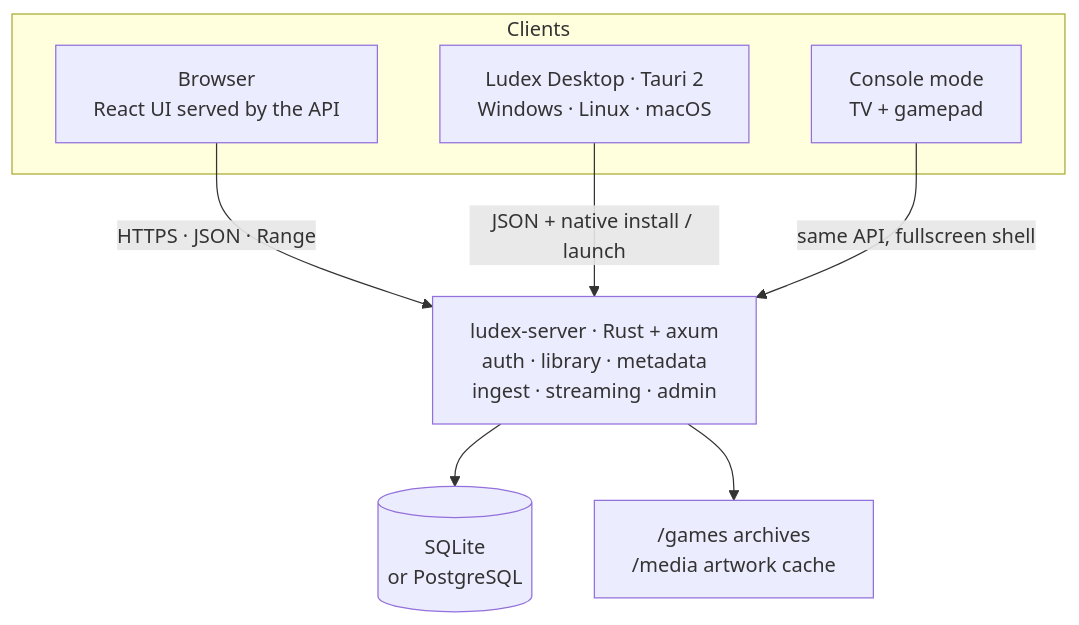
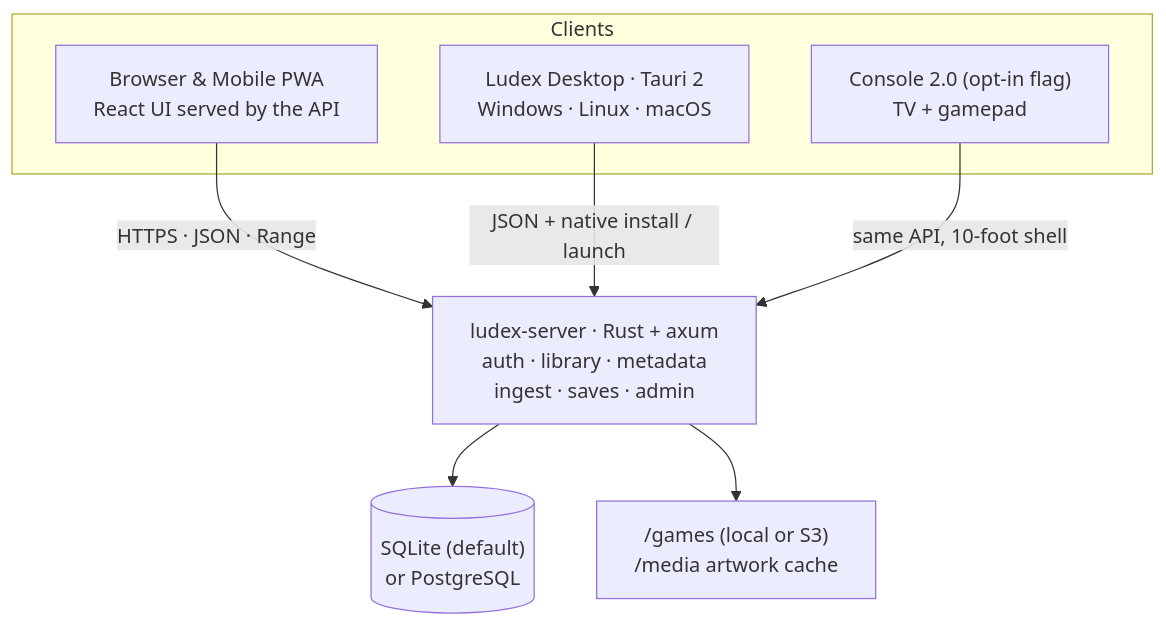
Before and after one commit to cleeryy/ludex: the diagram in README.md, drawn with Mermaid. The commit also changed other lines of this file, not shown here.

First line of the commit message:
docs(readme): rewrite README.md for v0.5.2, #333 design system and Console 2.0

````diff
--- a/README.md
+++ b/README.md
@@ -167,19 +132,19 @@
 ```mermaid
 flowchart TB
   subgraph clients["Clients"]
-    web["Browser<br/>React UI served by the API"]
+    web["Browser & Mobile PWA<br/>React UI served by the API"]
     desktop["Ludex Desktop · Tauri 2<br/>Windows · Linux · macOS"]
-    tv["Console mode<br/>TV + gamepad"]
+    tv["Console 2.0 (opt-in flag)<br/>TV + gamepad"]
   end
 
-  server["ludex-server · Rust + axum<br/>auth · library · metadata<br/>ingest · streaming · admin"]
+  server["ludex-server · Rust + axum<br/>auth · library · metadata<br/>ingest · saves · admin"]
 
-  db[("SQLite<br/>or PostgreSQL")]
-  files["/games archives<br/>/media artwork cache"]
+  db[("SQLite (default)<br/>or PostgreSQL")]
+  files["/games (local or S3)<br/>/media artwork cache"]
 
   web -->|"HTTPS · JSON · Range"| server
   desktop -->|"JSON + native install / launch"| server
-  tv -->|"same API, fullscreen shell"| server
+  tv -->|"same API, 10-foot shell"| server
   server --> db
   server --> files
 ```
````
